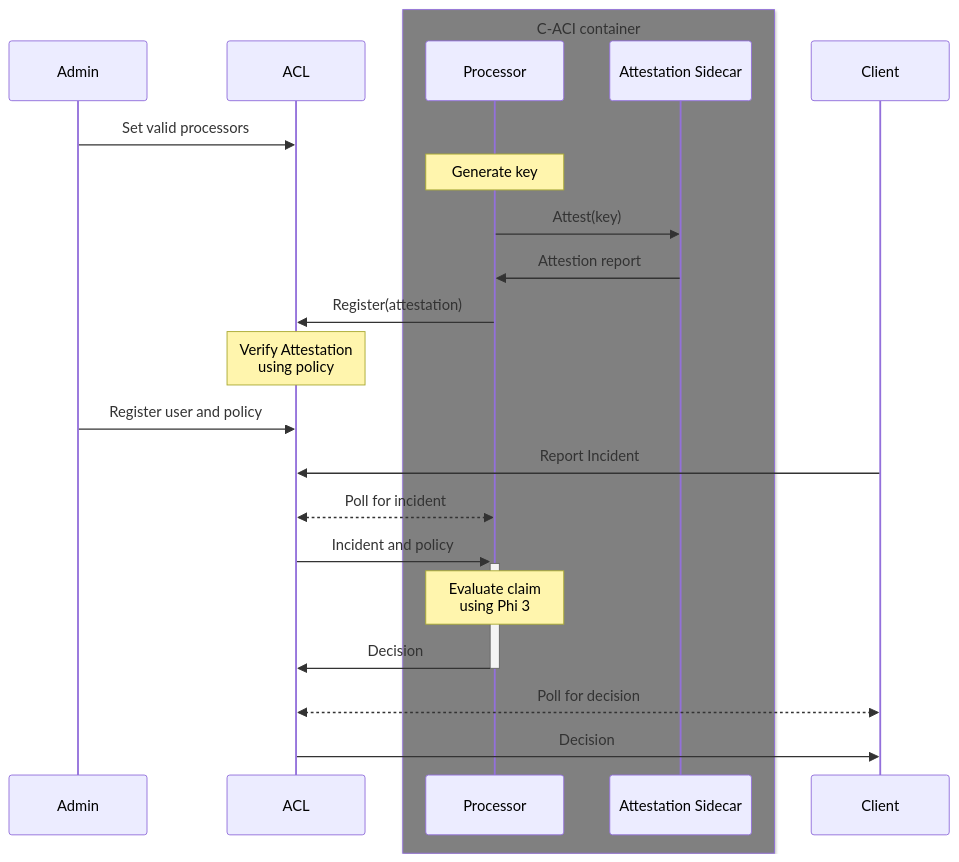
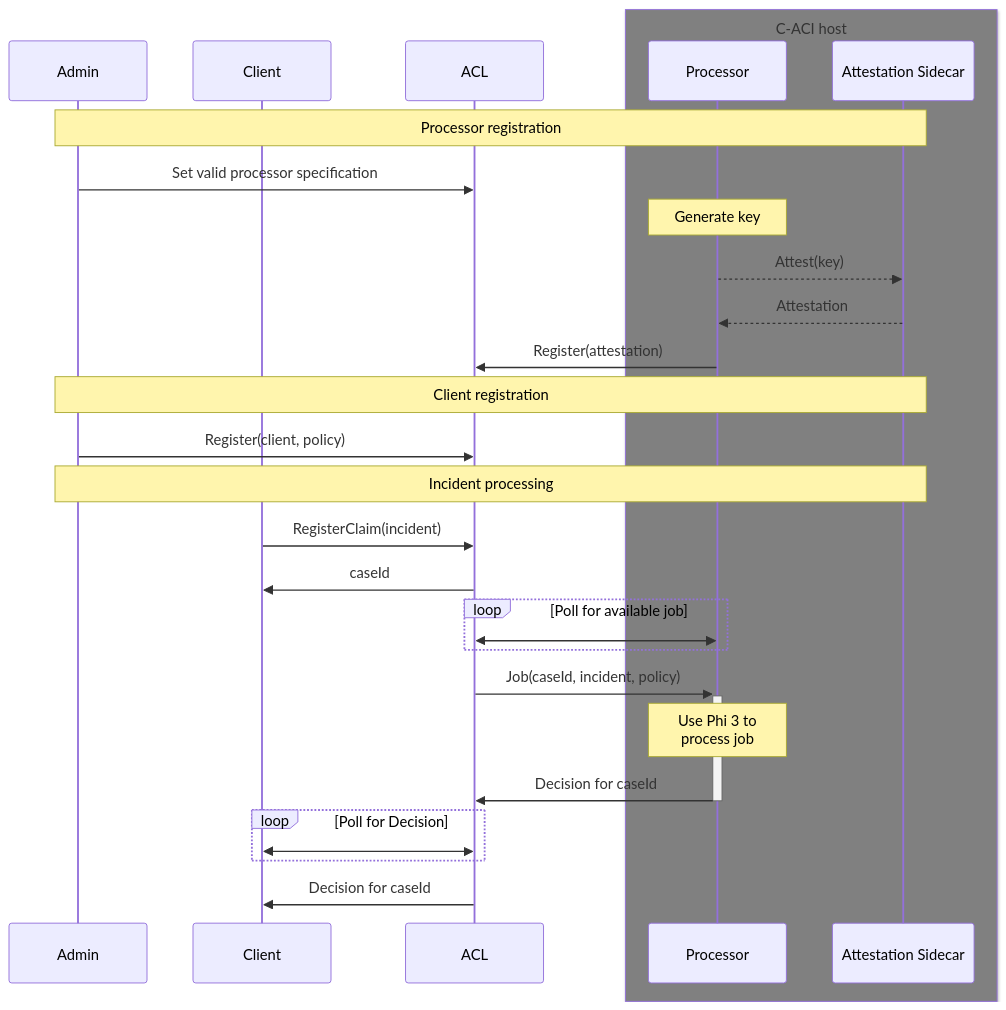
Before and after one commit to microsoft/azureconfidentialledger-app-samples: the diagram in insurance-app/README.md, drawn with Mermaid. The commit also changed 1 other file, not shown here.

Commit message:
Update diagrams

````diff
--- a/insurance-app/README.md
+++ b/insurance-app/README.md
@@ -10,32 +10,44 @@
 ```mermaid
 sequenceDiagram
-    participant Admin
-    participant A as ACL
+  participant Admin
+  participant C as Client
+  participant A as ACL
 
-    box Gray C-ACI container    
+  box Gray C-ACI host
     participant P as Processor
     participant S as Attestation Sidecar
-    end
+  end
 
-    participant C as Client
+  note over Admin,S: Processor registration 
 
-    Admin ->> A: Set valid processors
+  Admin ->> A: Set valid processor specification
 
-    note over P: Generate key
-    P ->> S: Attest(key)
-    S ->> P: Attestion report
-    P ->> A: Register(attestation)
-    note over A: Verify Attestation<br>using policy
-    
-    Admin ->> A: Register user and policy
-    C ->> A: Report Incident
+  note over P: Generate key
+  P -->> S: Attest(key)
+  S -->> P: Attestation
+  P ->> A: Register(attestation)
 
-    P <<-->> A: Poll for incident
-    A ->>+ P: Incident and policy
-    note over P: Evaluate claim<br>using Phi 3
-    P ->>- A: Decision
+  note over Admin, S: Client registration
 
-    C <<-->> A: Poll for decision
-    A ->> C: Decision
+  Admin ->> A: Register(client, policy)
 
+  note over Admin, S: Incident processing
+
+  C ->> A: RegisterClaim(incident)
+  A ->> C: caseId
+
+
+
+
+  loop Poll for available job
+  P <<->> A: 
+  end
+  A ->>+ P: Job(caseId, incident, policy)
+  note over P: Use Phi 3 to<br>process job
+  P ->>-A: Decision for caseId
+  
+  loop Poll for Decision
+  C <<->> A: 
+  end
+  A ->> C: Decision for caseId
 ```
````
